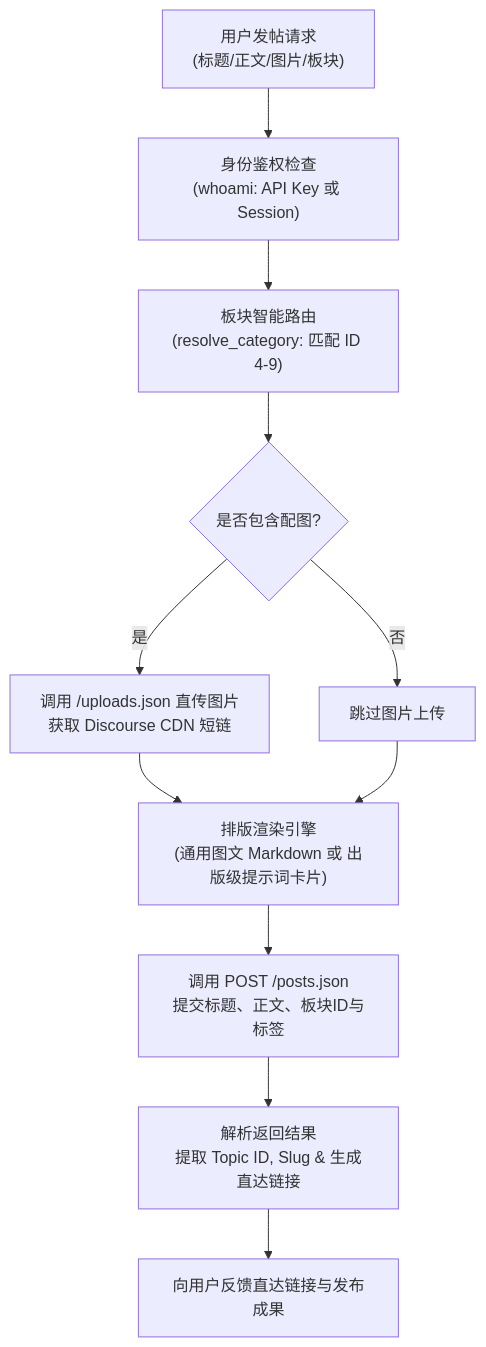
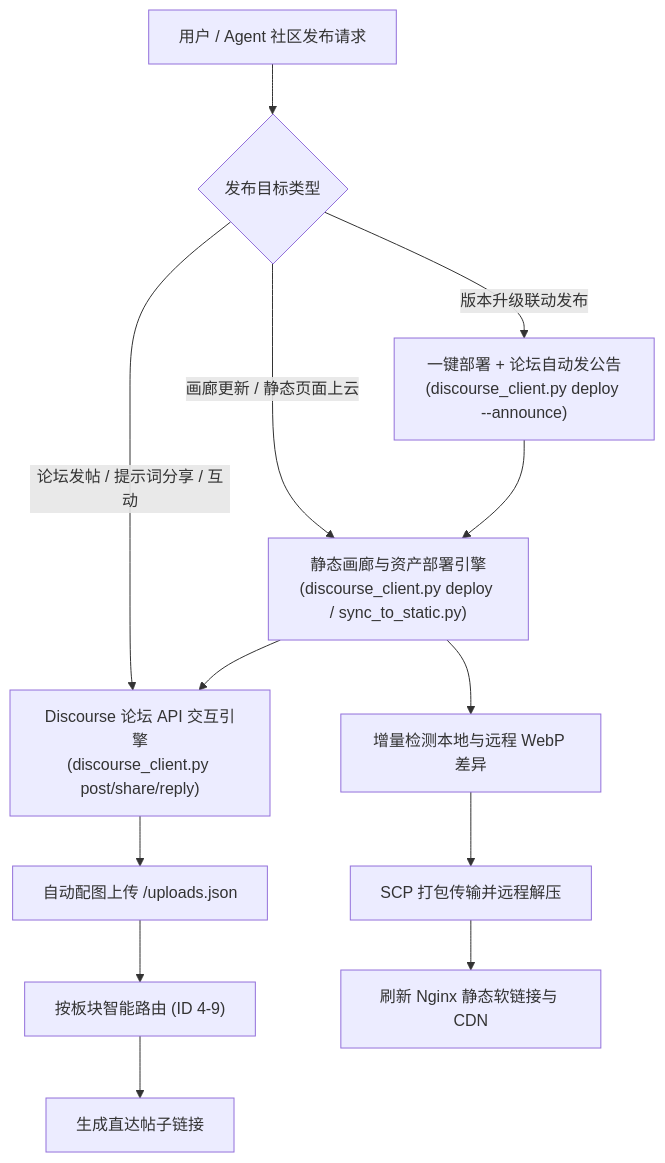
The diagram in skills/community-share/SKILL.md (Intorain/handraw-style), drawn with Mermaid before and after one commit. The commit also changed other lines of this file and 3 other files, not shown here.

Commit message:
feat(community-share): integrate static gallery deploy workflow and mirror to .agents

````diff
--- a/skills/community-share/SKILL.md
+++ b/skills/community-share/SKILL.md
@@ -36,13 +17,19 @@
 ```mermaid
 flowchart TD
-    A["用户发帖请求\n(标题/正文/图片/板块)"] --> B["身份鉴权检查\n(whoami: API Key 或 Session)"]
-    B --> C["板块智能路由\n(resolve_category: 匹配 ID 4-9)"]
-    C --> D{"是否包含配图?"}
-    D -- 是 --> E["调用 /uploads.json 直传图片\n获取 Discourse CDN 短链"]
-    D -- 否 --> F["跳过图片上传"]
-    E --> G["排版渲染引擎\n(通用图文 Markdown 或 出版级提示词卡片)"]
-    F --> G
-    G --> H["调用 POST /posts.json\n提交标题、正文、板块ID与标签"]
-    H --> I["解析返回结果\n提取 Topic ID, Slug & 生成直达链接"]
-    I --> J["向用户反馈直达链接与发布成果"]
+    User["用户 / Agent 社区发布请求"] --> Decision{"发布目标类型"}
+    
+    Decision -- "论坛发帖 / 提示词分享 / 互动" --> Forum["Discourse 论坛 API 交互引擎\n(discourse_client.py post/share/reply)"]
+    Decision -- "画廊更新 / 静态页面上云" --> Static["静态画廊与资产部署引擎\n(discourse_client.py deploy / sync_to_static.py)"]
+    Decision -- "版本升级联动发布" --> Combo["一键部署 + 论坛自动发公告\n(discourse_client.py deploy --announce)"]
+    
+    Forum --> F1["自动配图上传 /uploads.json"]
+    F1 --> F2["按板块智能路由 (ID 4-9)"]
+    F2 --> F3["生成直达帖子链接"]
+    
+    Static --> S1["增量检测本地与远程 WebP 差异"]
+    S1 --> S2["SCP 打包传输并远程解压"]
+    S2 --> S3["刷新 Nginx 静态软链接与 CDN"]
+    
+    Combo --> Static
+    Static --> Forum
 ```
````
